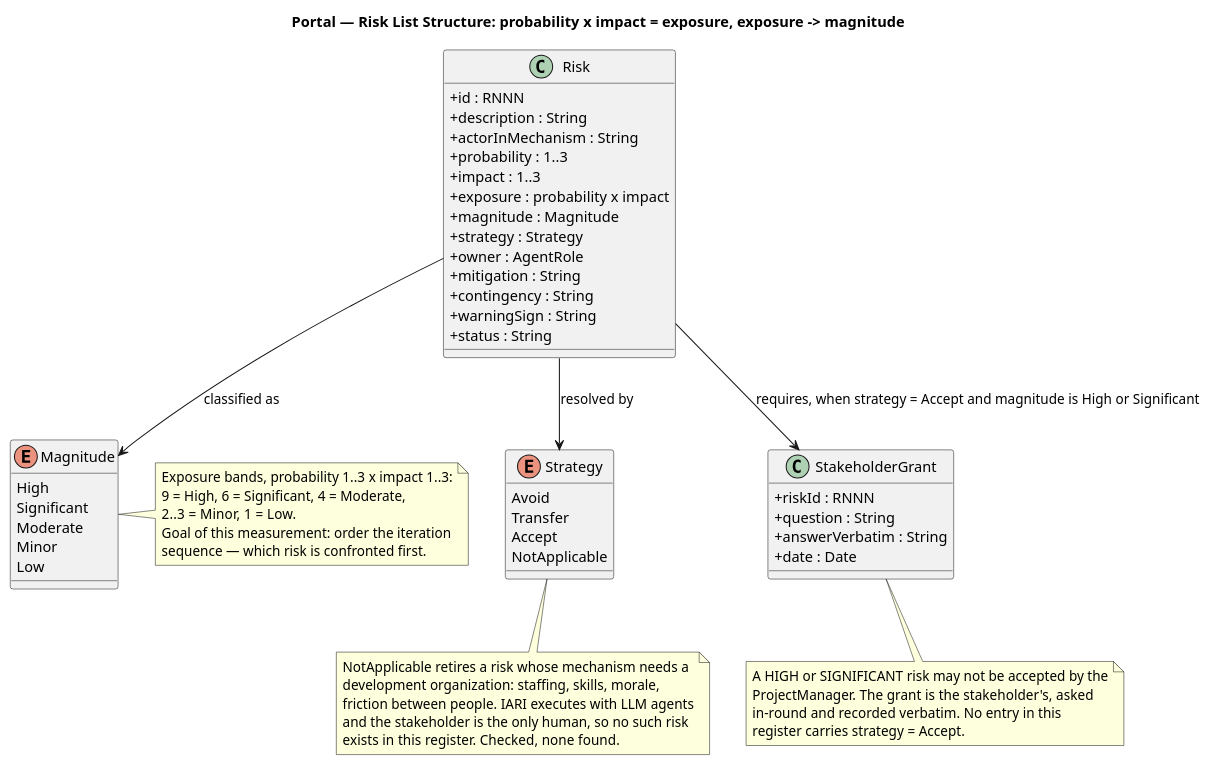
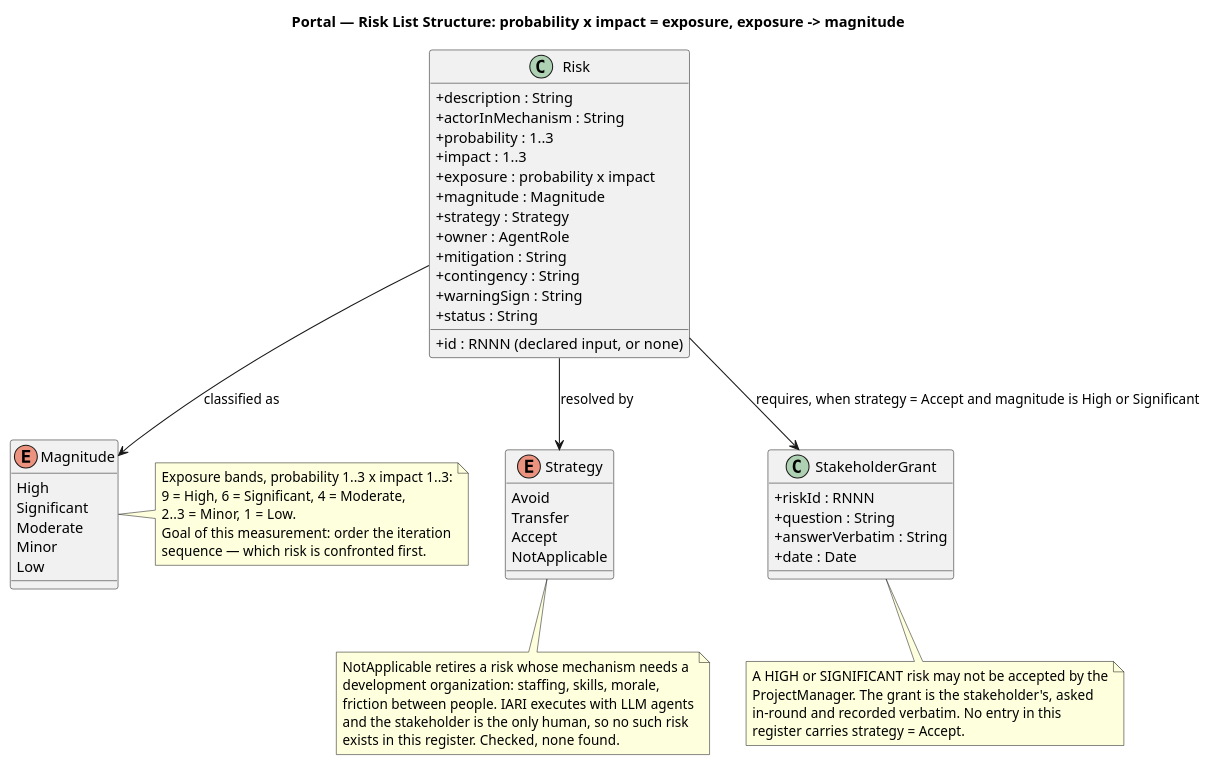
One commit to banense-test/portal changed the first of 2 diagrams in docs/artifacts/project-management/risk-list.md. Above: the diagram before and after it, drawn with PlantUML. The commit also changed other lines of this file, not shown here.

````diff
--- a/docs/artifacts/project-management/risk-list.md
+++ b/docs/artifacts/project-management/risk-list.md
@@ -31,73 +33,73 @@
 ```plantuml
 @startuml
 title Portal — Risk List Structure: probability x impact = exposure, exposure -> magnitude
 
 skinparam classAttributeIconSize 0
 skinparam packageStyle rectangle
 
 class "Risk" as RISK {
-  + id : RNNN
+  + id : RNNN (declared input, or none)
   + description : String
   + actorInMechanism : String
   + probability : 1..3
   + impact : 1..3
   + exposure : probability x impact
   + magnitude : Magnitude
   + strategy : Strategy
   + owner : AgentRole
   + mitigation : String
   + contingency : String
   + warningSign : String
   + status : String
 }
 
 enum "Magnitude" as MAG {
   High
   Significant
   Moderate
   Minor
   Low
 }
 
 enum "Strategy" as STRAT {
   Avoid
   Transfer
   Accept
   NotApplicable
 }
 
 class "StakeholderGrant" as GRANT {
   + riskId : RNNN
   + question : String
   + answerVerbatim : String
   + date : Date
 }
 
 RISK --> MAG : classified as
 RISK --> STRAT : resolved by
 RISK --> GRANT : requires, when strategy = Accept and magnitude is High or Significant
 
 note right of MAG
   Exposure bands, probability 1..3 x impact 1..3:
   9 = High, 6 = Significant, 4 = Moderate,
   2..3 = Minor, 1 = Low.
   Goal of this measurement: order the iteration
   sequence — which risk is confronted first.
 end note
 
 note bottom of STRAT
   NotApplicable retires a risk whose mechanism needs a
   development organization: staffing, skills, morale,
   friction between people. IARI executes with LLM agents
   and the stakeholder is the only human, so no such risk
   exists in this register. Checked, none found.
 end note
 
 note bottom of GRANT
   A HIGH or SIGNIFICANT risk may not be accepted by the
   ProjectManager. The grant is the stakeholder's, asked
   in-round and recorded verbatim. No entry in this
   register carries strategy = Accept.
 end note
 @enduml
 ```
````
